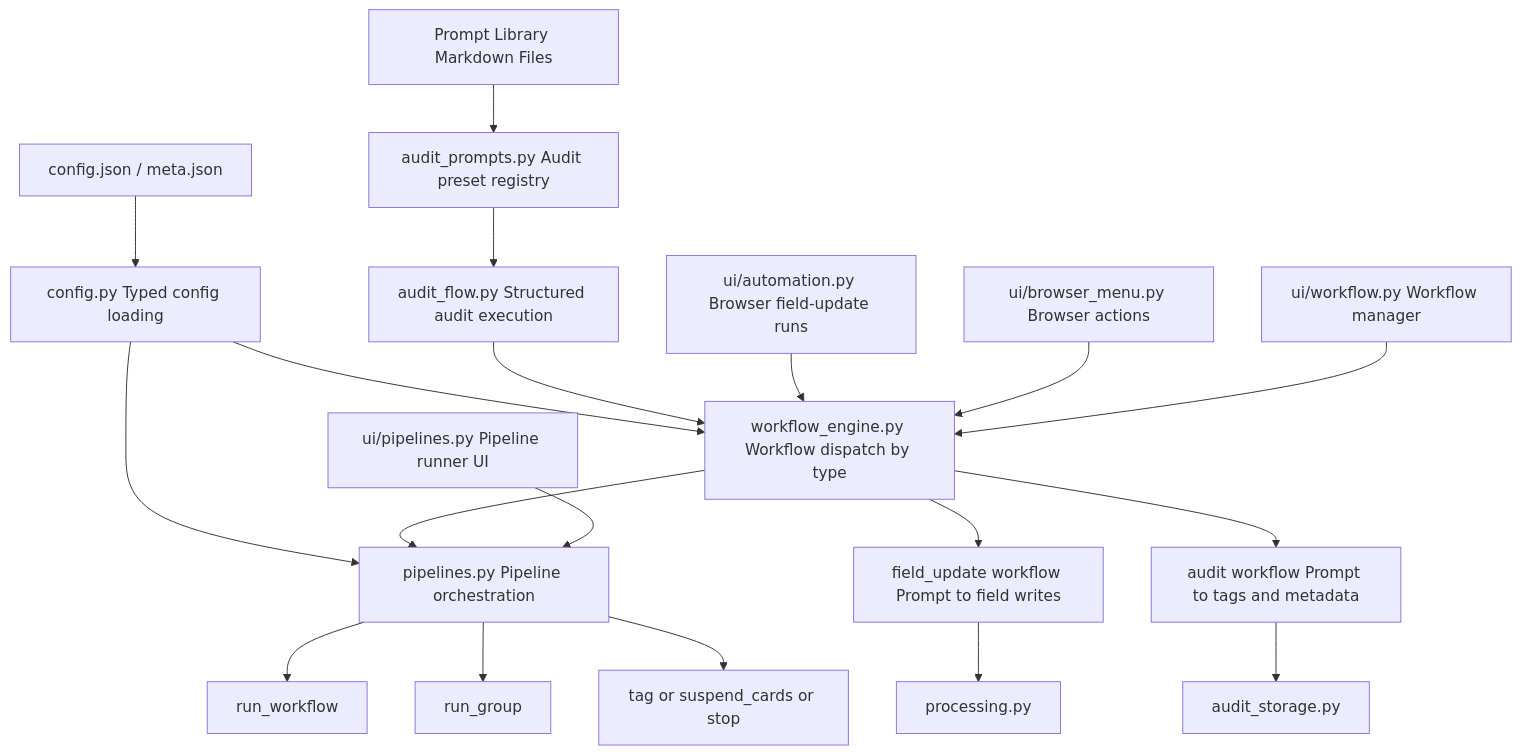
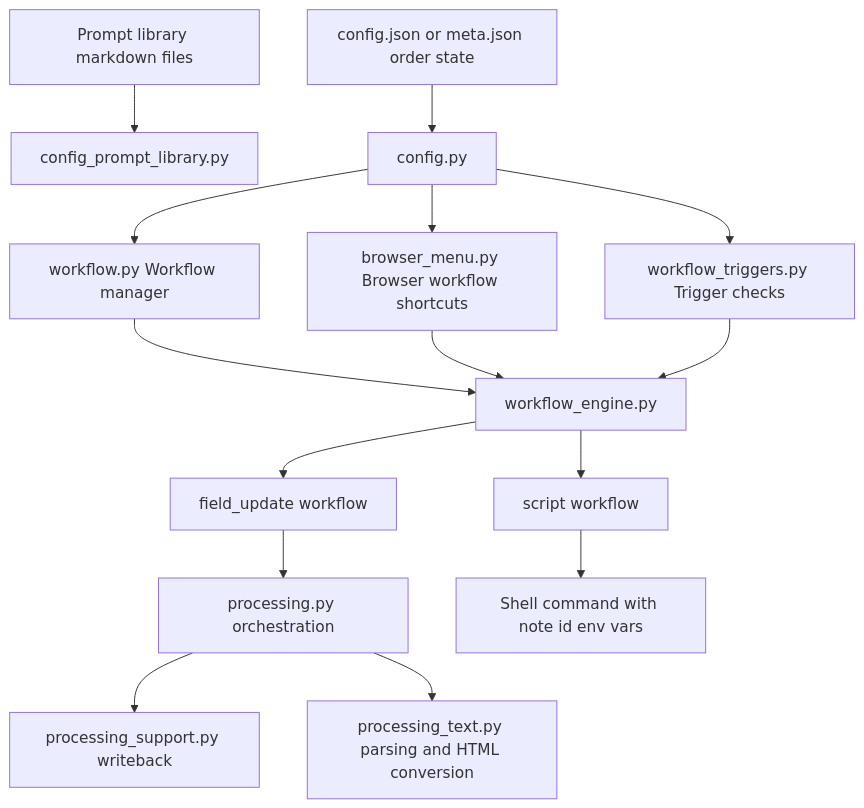
Before and after one commit to moritzvitt/anki-ai-automation: the diagram in docs/architecture/workflows-groups-pipelines.md, drawn with Mermaid. The commit also changed other lines of this file and 15 other files, not shown here.

````diff
--- a/docs/architecture/workflows-groups-pipelines.md
+++ b/docs/architecture/workflows-groups-pipelines.md
@@ -19,29 +19,21 @@
 ```mermaid
 graph TD
-    A[Prompt Library Markdown Files] --> B[audit_prompts.py Audit preset registry]
+    A[Prompt library markdown files] --> B[config_prompt_library.py]
+    C[config.json or meta.json order state] --> D[config.py]
+    D --> E[workflow.py Workflow manager]
+    D --> F[browser_menu.py Browser workflow shortcuts]
+    D --> G[workflow_triggers.py Trigger checks]
 
-    C[config.json / meta.json] --> D[config.py Typed config loading]
-    B --> E[audit_flow.py Structured audit execution]
+    E --> H[workflow_engine.py]
+    F --> H
+    G --> H
 
-    D --> F[workflow_engine.py Workflow dispatch by type]
-    E --> F
+    H --> I[field_update workflow]
+    H --> J[script workflow]
 
-    D --> G[pipelines.py Pipeline orchestration]
-    F --> G
+    I --> K[processing.py orchestration]
+    K --> L[processing_support.py writeback]
+    K --> M[processing_text.py parsing and HTML conversion]
 
-    H[ui/automation.py Browser field-update runs] --> F
-    I[ui/browser_menu.py Browser actions] --> F
-    J[ui/workflow.py Workflow manager] --> F
-    K[ui/pipelines.py Pipeline runner UI] --> G
-
-    F --> L[field_update workflow Prompt to field writes]
-    F --> M[audit workflow Prompt to tags and metadata]
-
-    G --> N[run_workflow]
-    G --> O[run_group]
-    G --> P[tag or suspend_cards or stop]
-
-    L --> Q[processing.py]
-    M --> R[audit_storage.py]
-
+    J --> N[Shell command with note id env vars]
 ```
````
